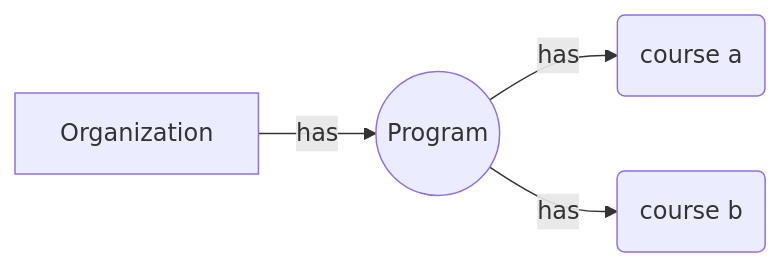
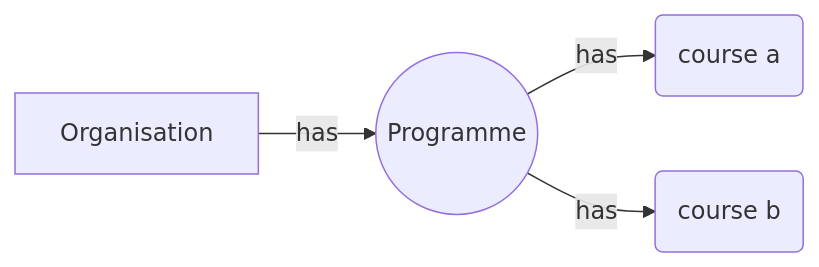
Before and after one commit to open-education-api/oeapi-endpoint-quickstart: the diagram in README.md, drawn with Mermaid. The commit also changed other lines of this file and 179 other files, not shown here.

First line of the commit message:
Rename organization/program to organisation/programme (OEAPI v6 British English)

````diff
--- a/README.md
+++ b/README.md
@@ -145,11 +145,11 @@
 ```mermaid
 
 graph LR
 
-A[Organization] -- has --> B((Program))
+A[Organisation] -- has --> B((Programme))
 
 B -- has --> C(course a)
 
 B -- has --> D(course b)
   
 ```
````
